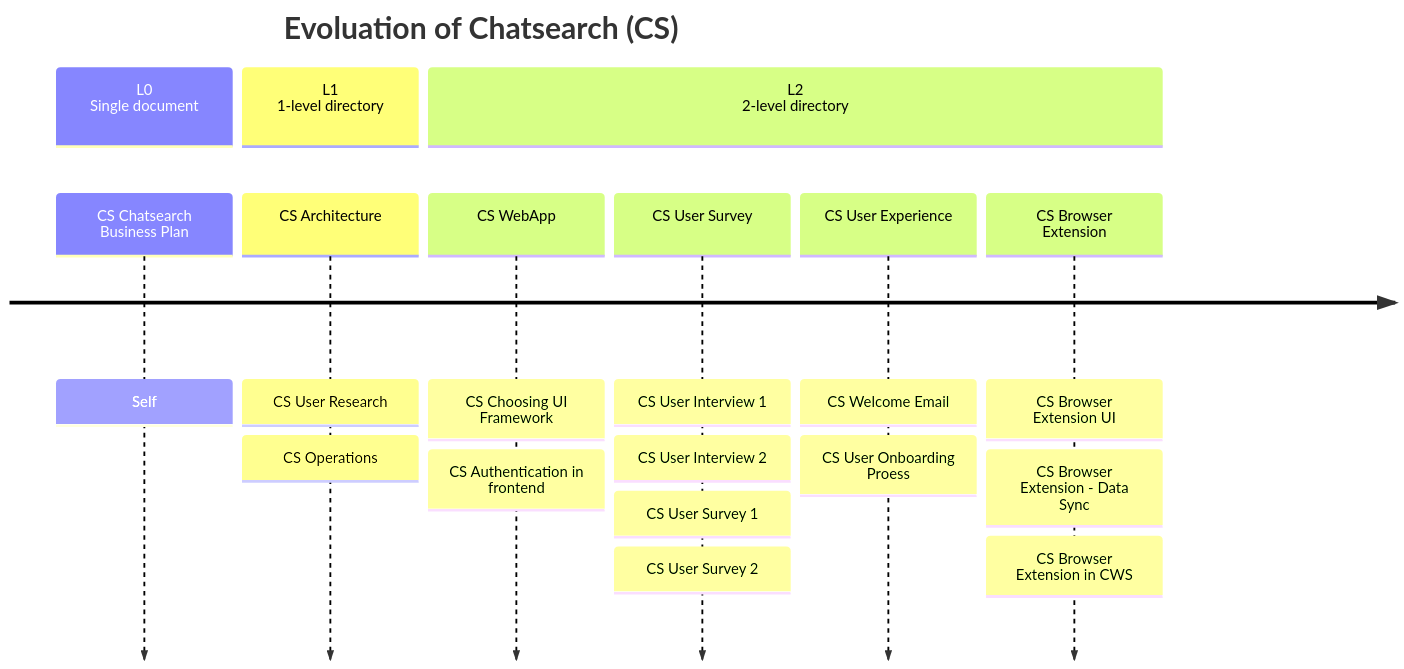
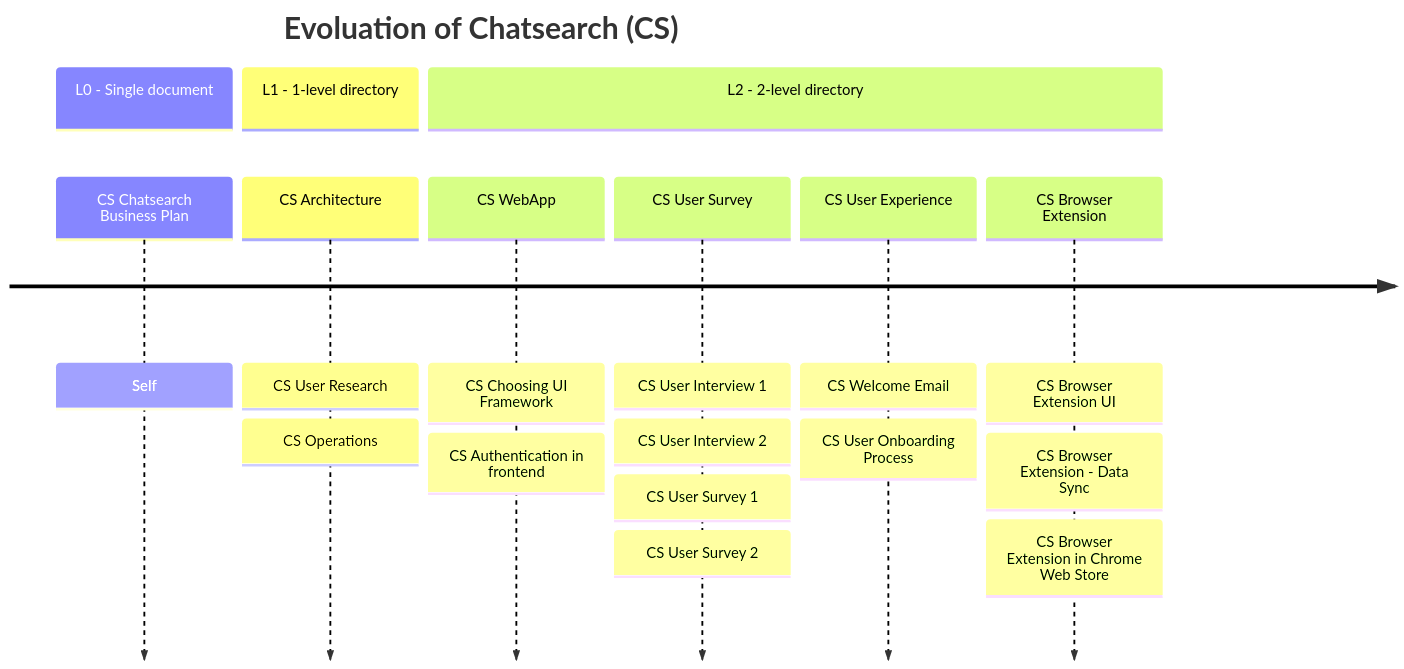
The diagram in _posts/2024-09-14-google-docs-organization.md (mincong-h/mincong-h.github.io), drawn with Mermaid before and after one commit.

````diff
--- a/_posts/2024-09-14-google-docs-organization.md
+++ b/_posts/2024-09-14-google-docs-organization.md
@@ -36,13 +36,13 @@
 ```mermaid
 timeline
     title Evoluation of Chatsearch (CS)
-    section L0 <br> Single document
+    section L0 - Single document
         CS Chatsearch Business Plan : Self
-    section L1 <br> 1-level directory
+    section L1 - 1-level directory
         CS Architecture : CS User Research : CS Operations
-    section L2 <br> 2-level directory
+    section L2 - 2-level directory
         CS WebApp : CS Choosing UI Framework : CS Authentication in frontend
         CS User Survey : CS User Interview 1 : CS User Interview 2 : CS User Survey 1 : CS User Survey 2
-        CS User Experience : CS Welcome Email : CS User Onboarding Proess
-        CS Browser Extension : CS Browser Extension UI : CS Browser Extension - Data Sync : CS Browser Extension in CWS
+        CS User Experience : CS Welcome Email : CS User Onboarding Process
+        CS Browser Extension : CS Browser Extension UI : CS Browser Extension - Data Sync : CS Browser Extension in Chrome Web Store
 ```
````
